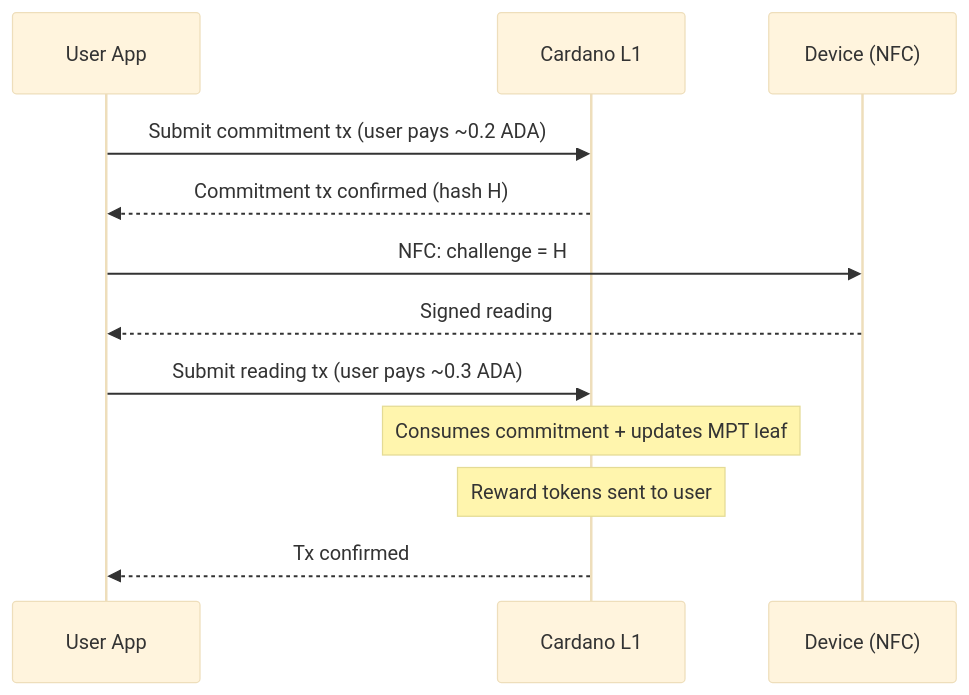
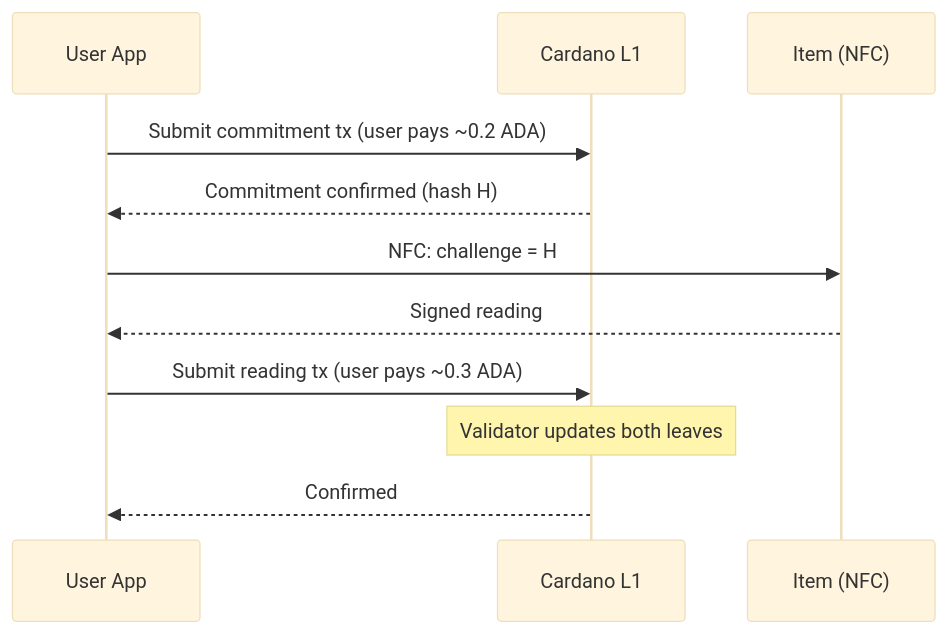
One commit to lambdasistemi/eu-digital-product-passport changed the third of 4 diagrams in docs/cardano/signed-readings.md. Above: the diagram before and after it, drawn with Mermaid (base theme). The commit also changed other lines of this file, not shown here.

Commit message:
feat: refined protocol — item/reporter leaves, no-wallet user, operator tokens, assignment lifecycle

````diff
--- a/docs/cardano/signed-readings.md
+++ b/docs/cardano/signed-readings.md
@@ -137,17 +178,16 @@
 ```mermaid
 sequenceDiagram
     participant U as User App
     participant C as Cardano L1
-    participant D as Device (NFC)
+    participant I as Item (NFC)
 
     U->>C: Submit commitment tx (user pays ~0.2 ADA)
-    C-->>U: Commitment tx confirmed (hash H)
+    C-->>U: Commitment confirmed (hash H)
 
-    U->>D: NFC: challenge = H
-    D-->>U: Signed reading
+    U->>I: NFC: challenge = H
+    I-->>U: Signed reading
 
     U->>C: Submit reading tx (user pays ~0.3 ADA)
-    Note over C: Consumes commitment + updates MPT leaf
-    Note over C: Reward tokens sent to user
-    C-->>U: Tx confirmed
+    Note over C: Validator updates both leaves
+    C-->>U: Confirmed
 ```
````
